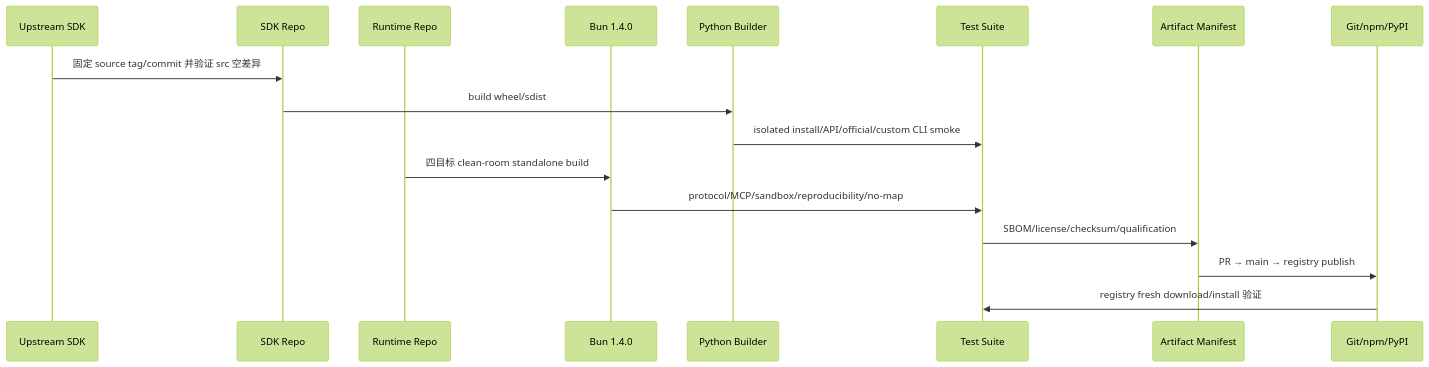
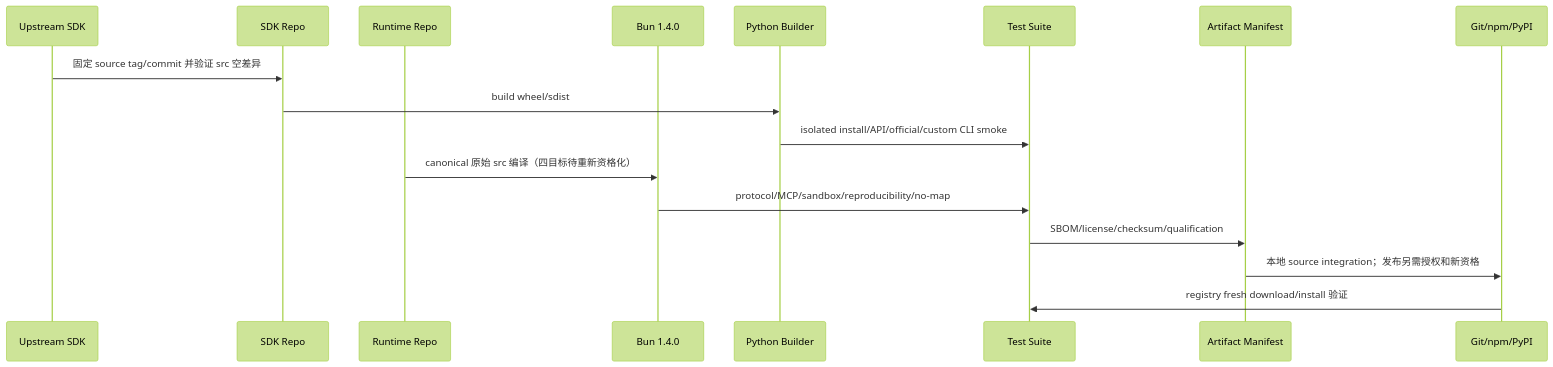
Before and after one commit to glide-the/im-dream: the fourth of 4 diagrams in docs/architecture/项目架构设计说明.md, drawn with Mermaid (forest theme). The commit also changed other lines of this file and 26 other files, not shown here.

````diff
--- a/docs/architecture/项目架构设计说明.md
+++ b/docs/architecture/项目架构设计说明.md
@@ -378,19 +379,19 @@
 ```mermaid
 sequenceDiagram
     participant US as Upstream SDK
     participant SR as SDK Repo
     participant RR as Runtime Repo
     participant B as Bun 1.4.0
     participant PB as Python Builder
     participant T as Test Suite
     participant M as Artifact Manifest
     participant G as Git/npm/PyPI
     US->>SR: 固定 source tag/commit 并验证 src 空差异
     SR->>PB: build wheel/sdist
     PB->>T: isolated install/API/official/custom CLI smoke
-    RR->>B: 四目标 clean-room standalone build
+    RR->>B: canonical 原始 src 编译（四目标待重新资格化）
     B->>T: protocol/MCP/sandbox/reproducibility/no-map
     T->>M: SBOM/license/checksum/qualification
-    M->>G: PR → main → registry publish
+    M->>G: 本地 source integration；发布另需授权和新资格
     G->>T: registry fresh download/install 验证
 ```
````
